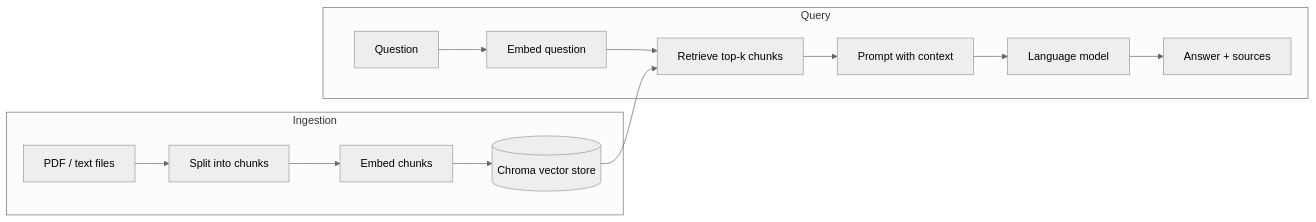
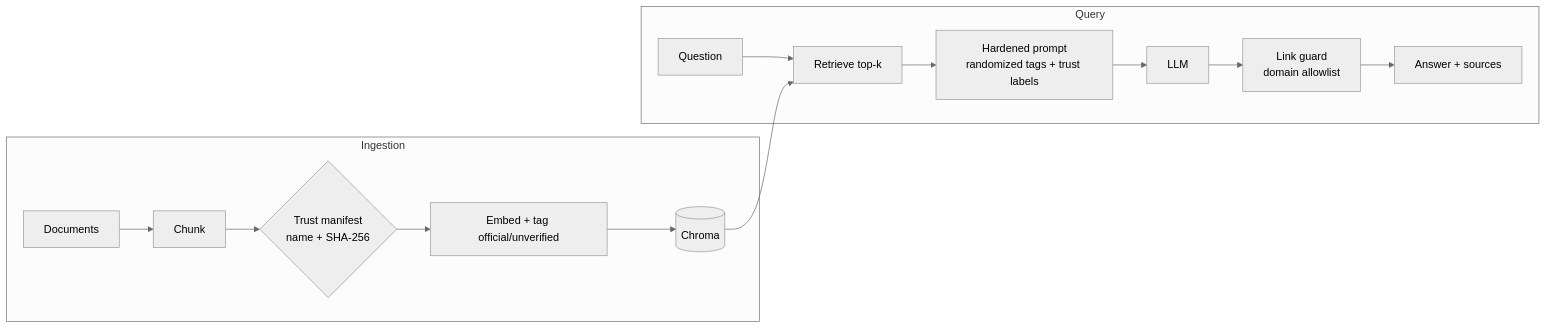
One commit to RiseUpReiz/rag-doc-qa changed the diagram in README.md. Above: the diagram before and after it, drawn with Mermaid (neutral theme). The commit also changed other lines of this file and 15 other files, not shown here.

Commit message:
Add prompt-injection defences and trust manifest to the demo

````diff
--- a/README.md
+++ b/README.md
@@ -22,16 +89,17 @@
 ```mermaid
 flowchart LR
     subgraph Ingestion
-        A[PDF / text files] --> B[Split into chunks]
-        B --> C[Embed chunks]
-        C --> D[(Chroma vector store)]
+        A[Documents] --> B[Chunk]
+        B --> T{Trust manifest<br/>name + SHA-256}
+        T --> C[Embed + tag official/unverified]
+        C --> D[(Chroma)]
     end
     subgraph Query
-        Q[Question] --> E[Embed question]
-        E --> F[Retrieve top-k chunks]
+        Q[Question] --> F[Retrieve top-k]
         D --> F
-        F --> G[Prompt with context]
-        G --> H[Language model]
-        H --> I[Answer + sources]
+        F --> G[Hardened prompt<br/>randomized tags + trust labels]
+        G --> H[LLM]
+        H --> L[Link guard<br/>domain allowlist]
+        L --> I[Answer + sources]
     end
 ```
````
